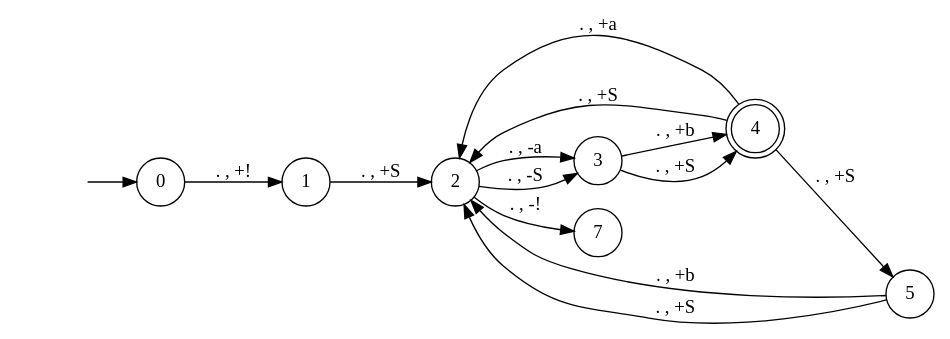
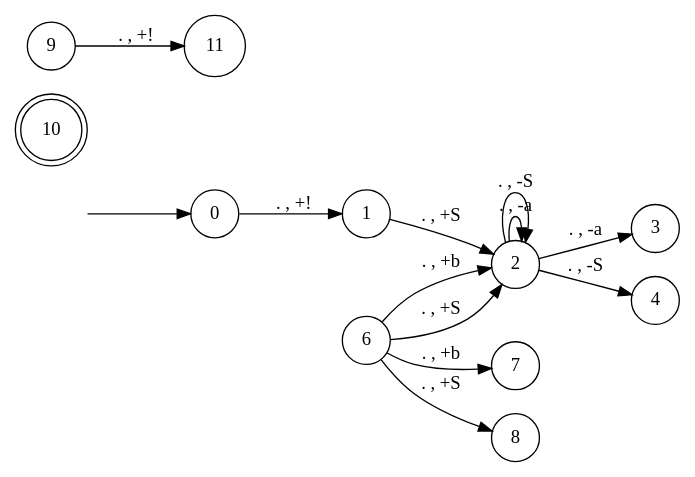
One commit to tsubaric/ToC changed the diagram in test_1.gv. Above: the diagram before and after it, drawn with Graphviz. The commit also changed 2 other files, not shown here.

```diff
--- a/test_1.gv
+++ b/test_1.gv
@@ -1,20 +1,19 @@
 digraph pda {
 rankdir = LR;
 hidden [shape = plaintext, label = ""];
 node [shape = doublecircle];
-4;
+10;
 node [shape = circle];
 hidden -> 0;
 0 -> 1 [label = ". , +!"];
 1 -> 2 [label = ". , +S"];
+2 -> 2 [label = ". , -a"];
+2 -> 2 [label = ". , -S"];
 2 -> 3 [label = ". , -a"];
-2 -> 3 [label = ". , -S"];
-2 -> 7 [label = ". , -!"];
-3 -> 4 [label = ". , +b"];
-3 -> 4 [label = ". , +S"];
-4 -> 2 [label = ". , +a"];
-4 -> 2 [label = ". , +S"];
-4 -> 5 [label = ". , +S"];
-5 -> 2 [label = ". , +b"];
-5 -> 2 [label = ". , +S"];
+2 -> 4 [label = ". , -S"];
+6 -> 2 [label = ". , +b"];
+6 -> 2 [label = ". , +S"];
+6 -> 7 [label = ". , +b"];
+6 -> 8 [label = ". , +S"];
+9 -> 11 [label = ". , +!"];
 }
```
